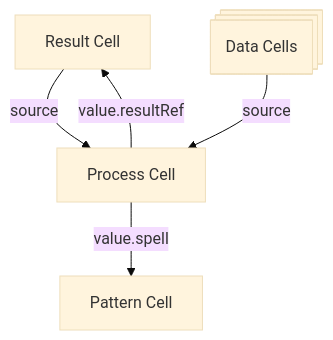
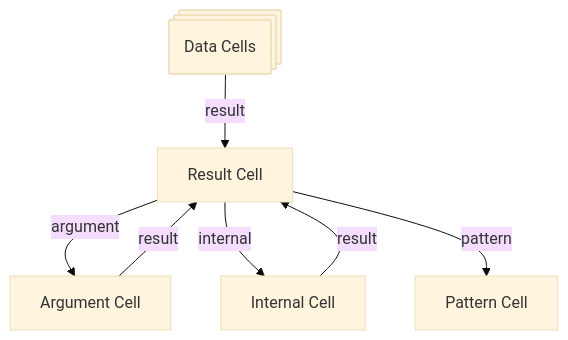
Before and after one commit to commontoolsinc/labs: the diagram in docs/common/concepts/glossary.md, drawn with Mermaid (base theme). The commit also changed other lines of this file and 94 other files, not shown here.

First line of the commit message:
Remove Process Cell (#3522)

````diff
--- a/docs/common/concepts/glossary.md
+++ b/docs/common/concepts/glossary.md
@@ -37,8 +38,10 @@
 ```mermaid
 flowchart TD
     A["Result Cell"]
-    A --source--> B["Process Cell"]
-    B --value.resultRef--> A
-    B --value.spell--> C["Pattern Cell"]
-    D@{ shape: procs, label: "Data Cells"} --source--> B
+    A --argument--> B["Argument Cell"]
+    A --internal--> C["Internal Cell"]
+    A --pattern--> D["Pattern Cell"]
+    B --result--> A
+    C --result--> A
+    E@{ shape: procs, label: "Data Cells"} --result--> A
 ```
````
